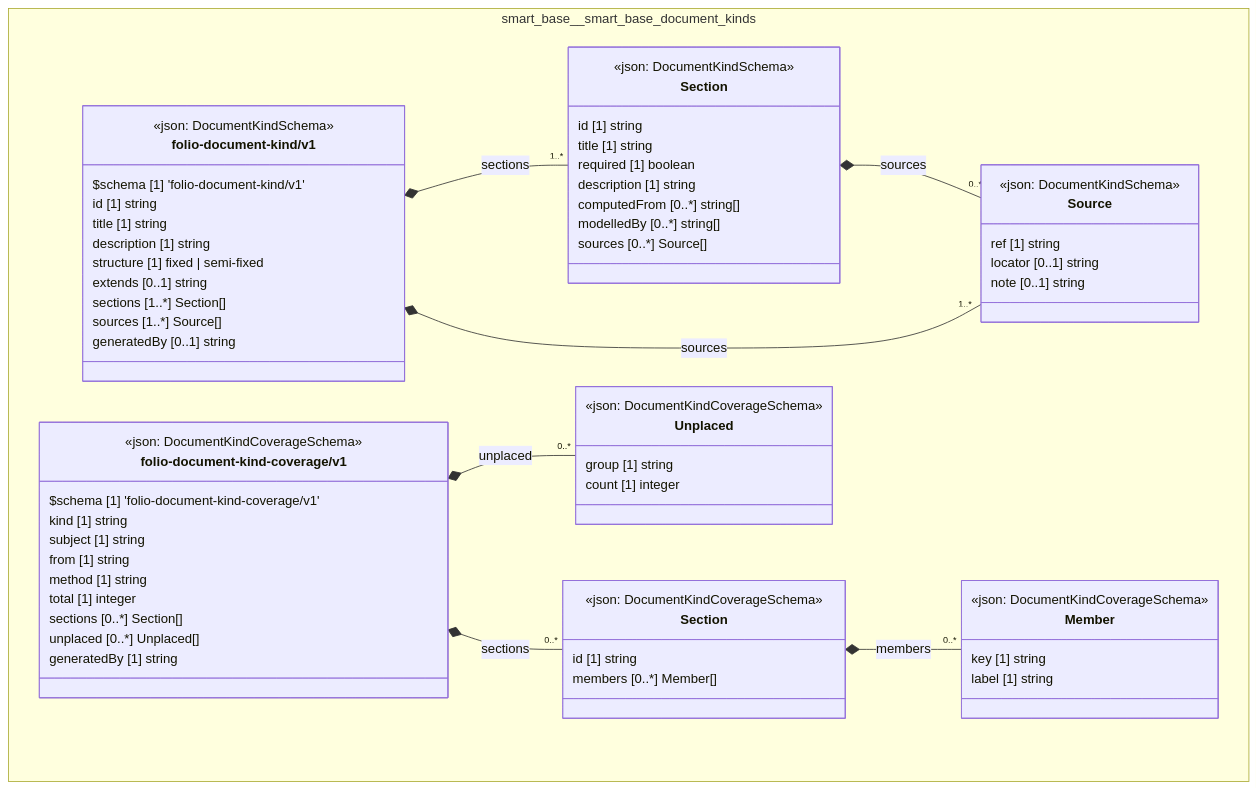
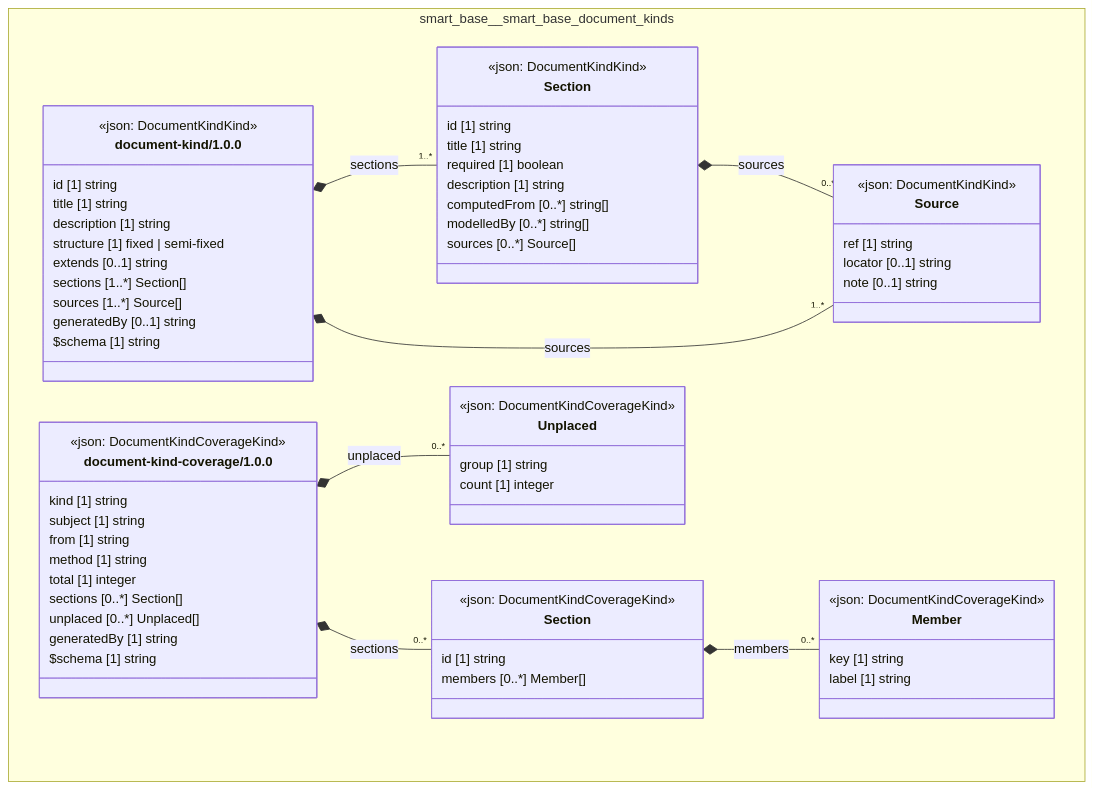
One commit to litlfred/folio-assistant changed the diagram in cat-harness/uml/overview/smart-base/smart-base-document-kinds.mmd. Above: the diagram before and after it, drawn with Mermaid. The commit also changed 54 other files, not shown here.

```diff
--- a/cat-harness/uml/overview/smart-base/smart-base-document-kinds.mmd
+++ b/cat-harness/uml/overview/smart-base/smart-base-document-kinds.mmd
@@ -1,72 +1,72 @@
 classDiagram
   direction TB
   namespace smart_base__smart_base_document_kinds {
-    class smart_base_smart_base_document_kinds_folio_document_kind_v1_Source["Source"] {
-      <<json: DocumentKindSchema>>
+    class smart_base_smart_base_document_kinds_document_kind_1_0_0_Source["Source"] {
+      <<json: DocumentKindKind>>
       ref [1] string
       locator [0..1] string
       note [0..1] string
     }
-    class smart_base_smart_base_document_kinds_folio_document_kind_v1_Section["Section"] {
-      <<json: DocumentKindSchema>>
+    class smart_base_smart_base_document_kinds_document_kind_1_0_0_Section["Section"] {
+      <<json: DocumentKindKind>>
       id [1] string
       title [1] string
       required [1] boolean
       description [1] string
       computedFrom [0..*] string[]
       modelledBy [0..*] string[]
       sources [0..*] Source[]
     }
-    class smart_base_smart_base_document_kinds_folio_document_kind_v1_folio_document_kind_v1["folio-document-kind/v1"] {
-      <<json: DocumentKindSchema>>
-      $schema [1] 'folio-document-kind/v1'
+    class smart_base_smart_base_document_kinds_document_kind_1_0_0_document_kind_1_0_0["document-kind/1.0.0"] {
+      <<json: DocumentKindKind>>
       id [1] string
       title [1] string
       description [1] string
       structure [1] fixed | semi-fixed
       extends [0..1] string
       sections [1..*] Section[]
       sources [1..*] Source[]
       generatedBy [0..1] string
+      $schema [1] string
     }
-    class smart_base_smart_base_document_kinds_folio_document_kind_coverage_v1_Member["Member"] {
-      <<json: DocumentKindCoverageSchema>>
+    class smart_base_smart_base_document_kinds_document_kind_coverage_1_0_0_Member["Member"] {
+      <<json: DocumentKindCoverageKind>>
       key [1] string
       label [1] string
     }
-    class smart_base_smart_base_document_kinds_folio_document_kind_coverage_v1_Section["Section"] {
-      <<json: DocumentKindCoverageSchema>>
+    class smart_base_smart_base_document_kinds_document_kind_coverage_1_0_0_Section["Section"] {
+      <<json: DocumentKindCoverageKind>>
       id [1] string
       members [0..*] Member[]
     }
-    class smart_base_smart_base_document_kinds_folio_document_kind_coverage_v1_Unplaced["Unplaced"] {
-      <<json: DocumentKindCoverageSchema>>
+    class smart_base_smart_base_document_kinds_document_kind_coverage_1_0_0_Unplaced["Unplaced"] {
+      <<json: DocumentKindCoverageKind>>
       group [1] string
       count [1] integer
     }
-    class smart_base_smart_base_document_kinds_folio_document_kind_coverage_v1_folio_document_kind_coverage_v1["folio-document-kind-coverage/v1"] {
-      <<json: DocumentKindCoverageSchema>>
-      $schema [1] 'folio-document-kind-coverage/v1'
+    class smart_base_smart_base_document_kinds_document_kind_coverage_1_0_0_document_kind_coverage_1_0_0["document-kind-coverage/1.0.0"] {
+      <<json: DocumentKindCoverageKind>>
       kind [1] string
       subject [1] string
       from [1] string
       method [1] string
       total [1] integer
       sections [0..*] Section[]
       unplaced [0..*] Unplaced[]
       generatedBy [1] string
+      $schema [1] string
     }
   }
-  smart_base_smart_base_document_kinds_folio_document_kind_v1_Section *-- "0..*" smart_base_smart_base_document_kinds_folio_document_kind_v1_Source : sources
-  smart_base_smart_base_document_kinds_folio_document_kind_v1_folio_document_kind_v1 *-- "1..*" smart_base_smart_base_document_kinds_folio_document_kind_v1_Section : sections
-  smart_base_smart_base_document_kinds_folio_document_kind_v1_folio_document_kind_v1 *-- "1..*" smart_base_smart_base_document_kinds_folio_document_kind_v1_Source : sources
-  smart_base_smart_base_document_kinds_folio_document_kind_coverage_v1_Section *-- "0..*" smart_base_smart_base_document_kinds_folio_document_kind_coverage_v1_Member : members
-  smart_base_smart_base_document_kinds_folio_document_kind_coverage_v1_folio_document_kind_coverage_v1 *-- "0..*" smart_base_smart_base_document_kinds_folio_document_kind_coverage_v1_Section : sections
-  smart_base_smart_base_document_kinds_folio_document_kind_coverage_v1_folio_document_kind_coverage_v1 *-- "0..*" smart_base_smart_base_document_kinds_folio_document_kind_coverage_v1_Unplaced : unplaced
-  cssClass "smart_base_smart_base_document_kinds_folio_document_kind_v1_Source" fa_uml_kind_document_kinds
-  cssClass "smart_base_smart_base_document_kinds_folio_document_kind_v1_Section" fa_uml_kind_document_kinds
-  cssClass "smart_base_smart_base_document_kinds_folio_document_kind_v1_folio_document_kind_v1" fa_uml_kind_document_kinds
-  cssClass "smart_base_smart_base_document_kinds_folio_document_kind_coverage_v1_Member" fa_uml_kind_document_kinds
-  cssClass "smart_base_smart_base_document_kinds_folio_document_kind_coverage_v1_Section" fa_uml_kind_document_kinds
-  cssClass "smart_base_smart_base_document_kinds_folio_document_kind_coverage_v1_Unplaced" fa_uml_kind_document_kinds
-  cssClass "smart_base_smart_base_document_kinds_folio_document_kind_coverage_v1_folio_document_kind_coverage_v1" fa_uml_kind_document_kinds
+  smart_base_smart_base_document_kinds_document_kind_1_0_0_Section *-- "0..*" smart_base_smart_base_document_kinds_document_kind_1_0_0_Source : sources
+  smart_base_smart_base_document_kinds_document_kind_1_0_0_document_kind_1_0_0 *-- "1..*" smart_base_smart_base_document_kinds_document_kind_1_0_0_Section : sections
+  smart_base_smart_base_document_kinds_document_kind_1_0_0_document_kind_1_0_0 *-- "1..*" smart_base_smart_base_document_kinds_document_kind_1_0_0_Source : sources
+  smart_base_smart_base_document_kinds_document_kind_coverage_1_0_0_Section *-- "0..*" smart_base_smart_base_document_kinds_document_kind_coverage_1_0_0_Member : members
+  smart_base_smart_base_document_kinds_document_kind_coverage_1_0_0_document_kind_coverage_1_0_0 *-- "0..*" smart_base_smart_base_document_kinds_document_kind_coverage_1_0_0_Section : sections
+  smart_base_smart_base_document_kinds_document_kind_coverage_1_0_0_document_kind_coverage_1_0_0 *-- "0..*" smart_base_smart_base_document_kinds_document_kind_coverage_1_0_0_Unplaced : unplaced
+  cssClass "smart_base_smart_base_document_kinds_document_kind_1_0_0_Source" fa_uml_kind_document_kinds
+  cssClass "smart_base_smart_base_document_kinds_document_kind_1_0_0_Section" fa_uml_kind_document_kinds
+  cssClass "smart_base_smart_base_document_kinds_document_kind_1_0_0_document_kind_1_0_0" fa_uml_kind_document_kinds
+  cssClass "smart_base_smart_base_document_kinds_document_kind_coverage_1_0_0_Member" fa_uml_kind_document_kinds
+  cssClass "smart_base_smart_base_document_kinds_document_kind_coverage_1_0_0_Section" fa_uml_kind_document_kinds
+  cssClass "smart_base_smart_base_document_kinds_document_kind_coverage_1_0_0_Unplaced" fa_uml_kind_document_kinds
+  cssClass "smart_base_smart_base_document_kinds_document_kind_coverage_1_0_0_document_kind_coverage_1_0_0" fa_uml_kind_document_kinds
```
